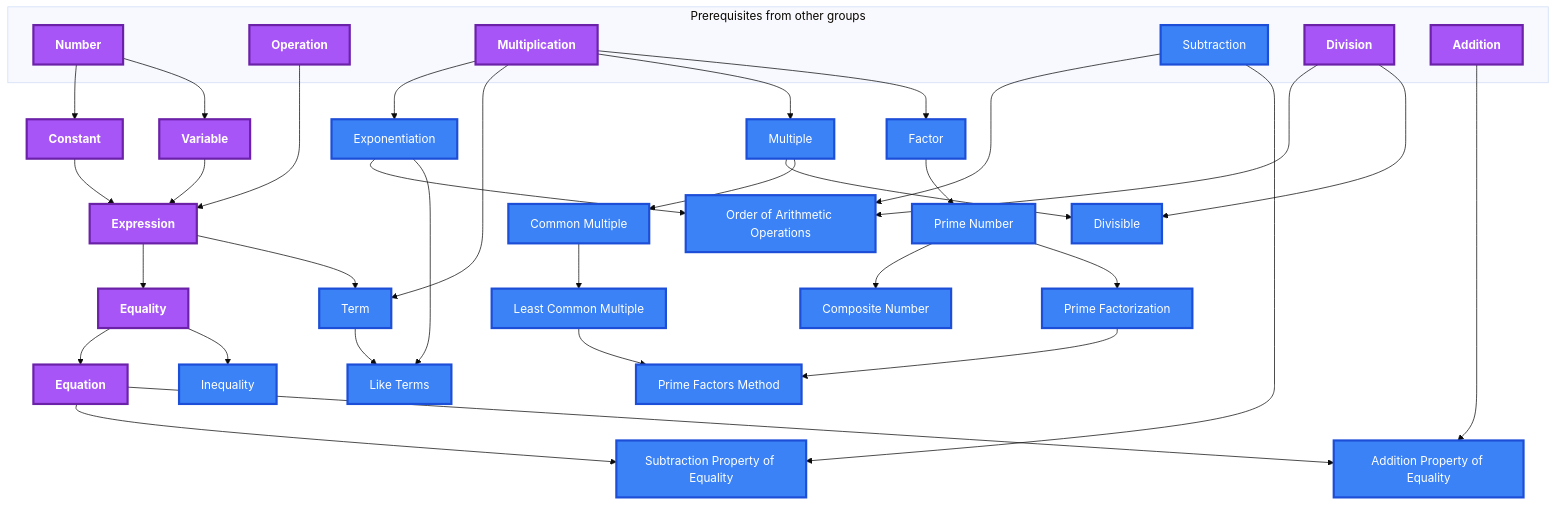
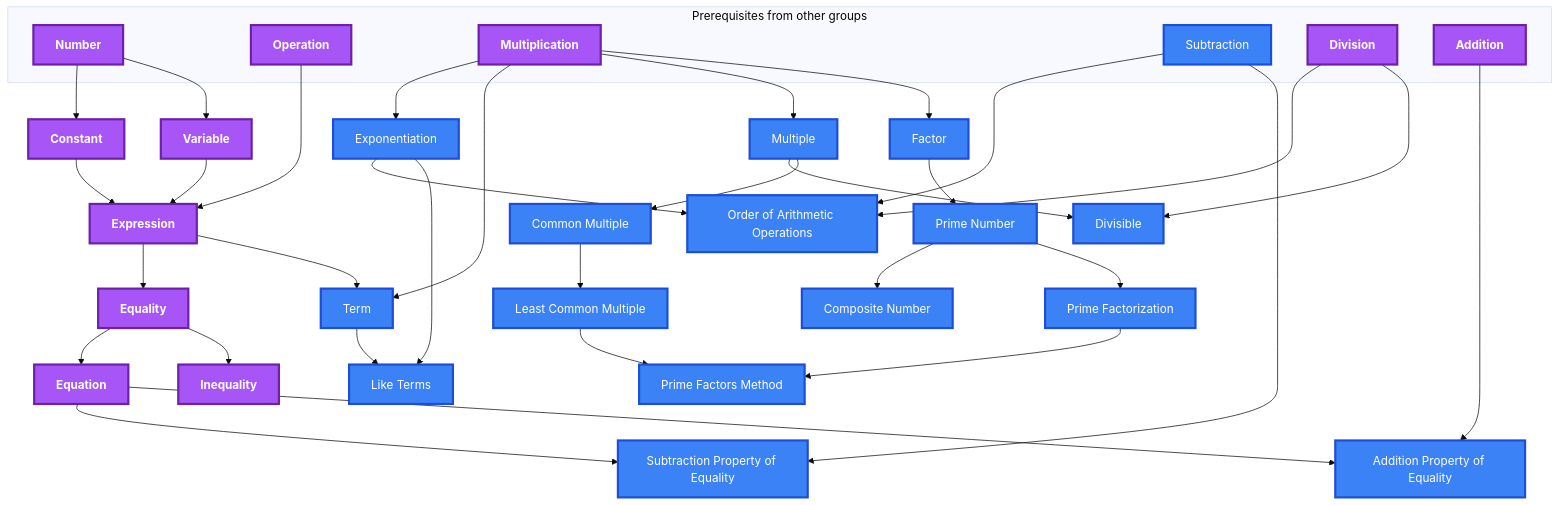
One commit to MRauf1/My-Notes changed the second of 10 diagrams in Gamification/Skill Trees/Pre-Algebra.md. Above: the diagram before and after it, drawn with Mermaid (base theme). The commit also changed other lines of this file and 73 other files, not shown here.

````diff
--- a/Gamification/Skill Trees/Pre-Algebra.md
+++ b/Gamification/Skill Trees/Pre-Algebra.md
@@ -83,75 +83,75 @@
 ```mermaid
 flowchart TD
     classDef planned fill:#1E293B,stroke:#64748B,stroke-width:2px,stroke-dasharray:5 5,color:#94A3B8;
     classDef locked fill:#334155,stroke:#475569,stroke-width:2px,color:#94A3B8;
     classDef L0 fill:#F1F5F9,stroke:#94A3B8,stroke-width:2px,color:#000000;
     classDef L1 fill:#22C55E,stroke:#15803D,stroke-width:2px,color:#000000;
     classDef L2 fill:#3B82F6,stroke:#1D4ED8,stroke-width:3px,color:#FFFFFF;
     classDef L3 fill:#A855F7,stroke:#6B21A8,stroke-width:3px,color:#FFFFFF,font-weight:bold;
     classDef L4 fill:#F97316,stroke:#C2410C,stroke-width:4px,color:#000000,font-weight:bold;
     classDef L5 fill:#FFD700,stroke:#FF8C00,stroke-width:5px,color:#000000,font-weight:bold;
     classDef rusty stroke:#8B4513,stroke-width:4px,stroke-dasharray:3 3;
     subgraph sg_prereqs["Prerequisites from other groups"]
         n_number["Number"]
         n_operation["Operation"]
         n_multiplication["Multiplication"]
         n_subtraction["Subtraction"]
         n_division["Division"]
         n_addition["Addition"]
     end
     n_constant["Constant"]
     n_variable["Variable"]
     n_expression["Expression"]
     n_equality["Equality"]
     n_equation["Equation"]
     n_inequality["Inequality"]
     n_exponentiation["Exponentiation"]
     n_order_of_arithmetic_operations["Order of Arithmetic Operations"]
     n_term["Term"]
     n_like_terms["Like Terms"]
     n_subtraction_property_of_equality["Subtraction Property of Equality"]
     n_addition_property_of_equality["Addition Property of Equality"]
     n_multiple["Multiple"]
     n_divisible["Divisible"]
     n_factor["Factor"]
     n_prime_number["Prime Number"]
     n_composite_number["Composite Number"]
     n_prime_factorization["Prime Factorization"]
     n_common_multiple["Common Multiple"]
     n_least_common_multiple["Least Common Multiple"]
     n_prime_factors_method["Prime Factors Method"]
     n_number --> n_constant
     n_number --> n_variable
     n_operation --> n_expression
     n_constant --> n_expression
     n_variable --> n_expression
     n_expression --> n_equality
     n_equality --> n_equation
     n_equality --> n_inequality
     n_multiplication --> n_exponentiation
     n_subtraction --> n_order_of_arithmetic_operations
     n_division --> n_order_of_arithmetic_operations
     n_exponentiation --> n_order_of_arithmetic_operations
     n_multiplication --> n_term
     n_expression --> n_term
     n_exponentiation --> n_like_terms
     n_term --> n_like_terms
     n_subtraction --> n_subtraction_property_of_equality
     n_equation --> n_subtraction_property_of_equality
     n_addition --> n_addition_property_of_equality
     n_equation --> n_addition_property_of_equality
     n_multiplication --> n_multiple
     n_division --> n_divisible
     n_multiple --> n_divisible
     n_multiplication --> n_factor
     n_factor --> n_prime_number
     n_prime_number --> n_composite_number
     n_prime_number --> n_prime_factorization
     n_multiple --> n_common_multiple
     n_common_multiple --> n_least_common_multiple
     n_prime_factorization --> n_prime_factors_method
     n_least_common_multiple --> n_prime_factors_method
-    class n_subtraction,n_inequality,n_exponentiation,n_order_of_arithmetic_operations,n_term,n_like_terms,n_subtraction_property_of_equality,n_addition_property_of_equality,n_multiple,n_divisible,n_factor,n_prime_number,n_composite_number,n_prime_factorization,n_common_multiple,n_least_common_multiple,n_prime_factors_method L2;
-    class n_number,n_operation,n_multiplication,n_division,n_addition,n_constant,n_variable,n_expression,n_equality,n_equation L3;
+    class n_subtraction,n_exponentiation,n_order_of_arithmetic_operations,n_term,n_like_terms,n_subtraction_property_of_equality,n_addition_property_of_equality,n_multiple,n_divisible,n_factor,n_prime_number,n_composite_number,n_prime_factorization,n_common_multiple,n_least_common_multiple,n_prime_factors_method L2;
+    class n_number,n_operation,n_multiplication,n_division,n_addition,n_constant,n_variable,n_expression,n_equality,n_equation,n_inequality L3;
     class n_number,n_operation,n_multiplication,n_subtraction,n_division,n_addition,n_constant,n_variable,n_expression,n_equality,n_equation,n_inequality,n_exponentiation,n_order_of_arithmetic_operations,n_term,n_like_terms,n_subtraction_property_of_equality,n_addition_property_of_equality,n_multiple,n_divisible,n_factor,n_prime_number,n_composite_number,n_prime_factorization,n_common_multiple,n_least_common_multiple,n_prime_factors_method internal-link;
 ```
````
